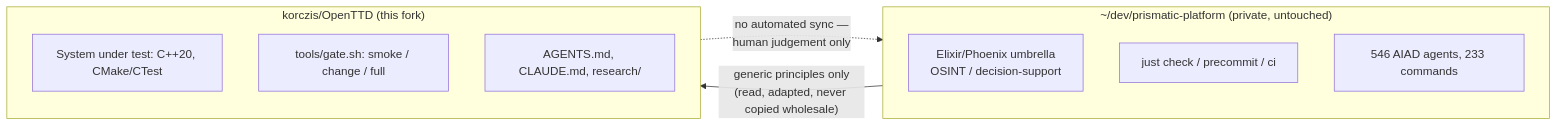
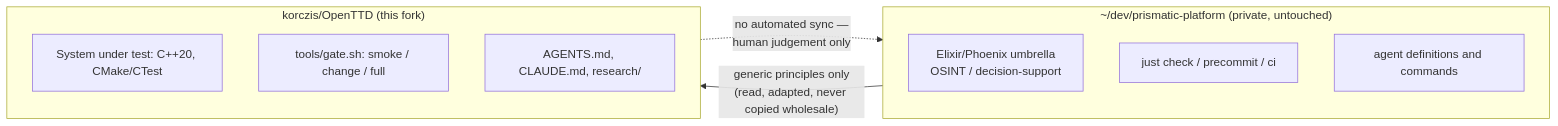
One commit to OpenTTD/OpenTTD changed the first of 6 diagrams in README.md. Above: the diagram before and after it, drawn with Mermaid. The commit also changed other lines of this file, not shown here.

````diff
--- a/README.md
+++ b/README.md
@@ -62,17 +94,17 @@
 ```mermaid
 flowchart LR
     subgraph P["~/dev/prismatic-platform (private, untouched)"]
         P1["Elixir/Phoenix umbrella<br/>OSINT / decision-support"]
         P2["just check / precommit / ci"]
-        P3["546 AIAD agents, 233 commands"]
+        P3["agent definitions and commands"]
     end
 
     subgraph F["korczis/OpenTTD (this fork)"]
         F1["System under test: C++20, CMake/CTest"]
         F2["tools/gate.sh: smoke / change / full"]
         F3["AGENTS.md, CLAUDE.md, research/"]
     end
 
     P -- "generic principles only<br/>(read, adapted, never copied wholesale)" --> F
     F -. "no automated sync —<br/>human judgement only" .-> P
 ```
````
